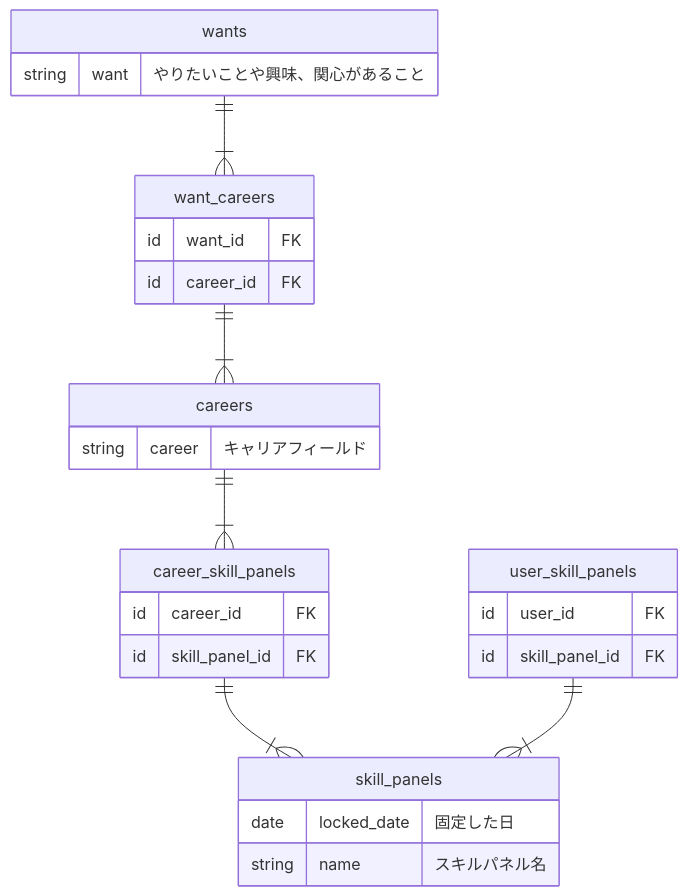
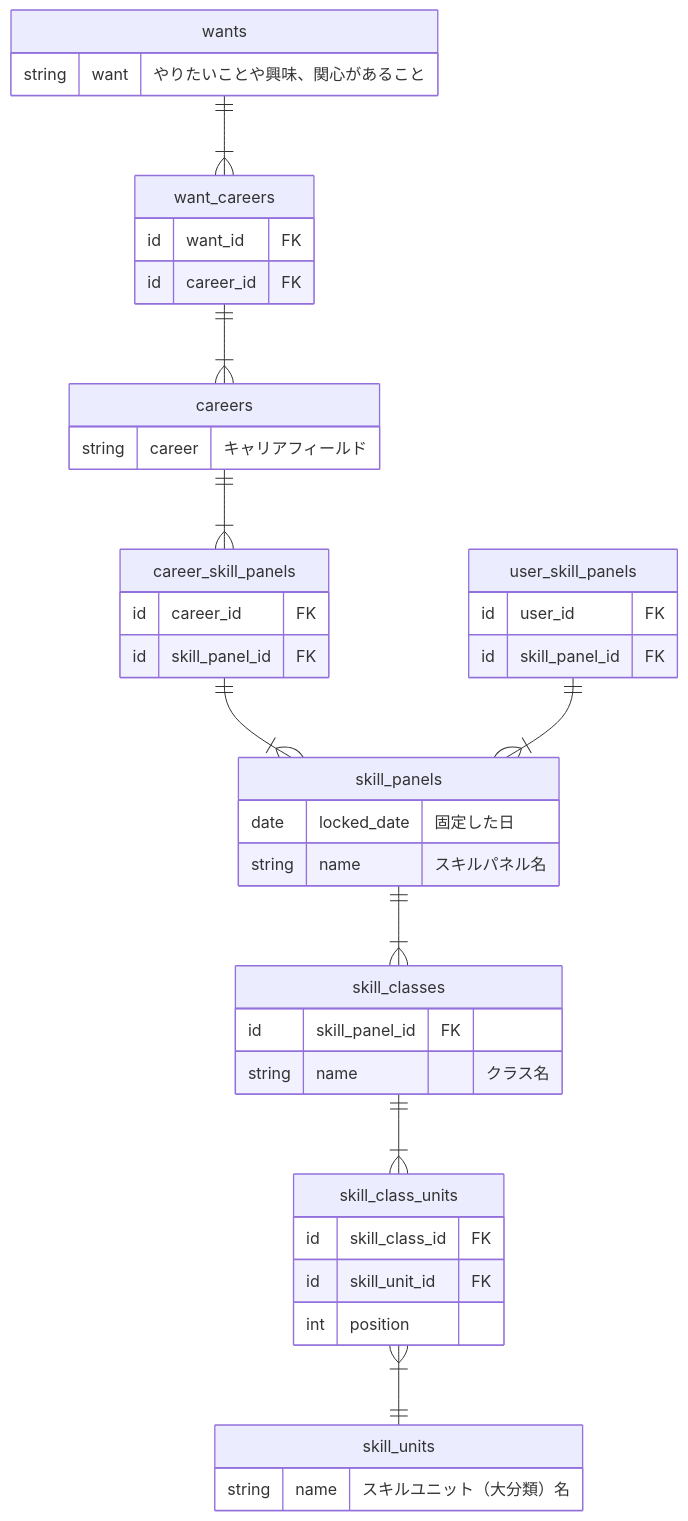
One commit to bright-org/bright changed the diagram in docs/conceptual_schemas/onbordings.md. Above: the diagram before and after it, drawn with Mermaid. The commit also changed other lines of this file, not shown here.

Commit message:
スキルユニット関連テーブルを追記

````diff
--- a/docs/conceptual_schemas/onbordings.md
+++ b/docs/conceptual_schemas/onbordings.md
@@ -7,36 +12,55 @@
 ```mermaid
 erDiagram
   wants ||--|{ want_careers : ""
   want_careers ||--|{ careers : ""
   careers ||--|{ career_skill_panels : ""
   career_skill_panels ||--|{ skill_panels : ""
   user_skill_panels ||--|{ skill_panels : ""
+  skill_panels ||--|{ skill_classes : ""
+  skill_classes ||--|{ skill_class_units : ""
+  skill_class_units }|--|| skill_units : ""
 
   wants {
     string want "やりたいことや興味、関心があること"
   }
 
   want_careers {
     id want_id FK
     id career_id FK
   }
 
   careers {
     string career "キャリアフィールド"
   }
 
   career_skill_panels {
     id career_id FK
     id skill_panel_id FK
   }
 
   skill_panels {
     date locked_date "固定した日"
     string name "スキルパネル名"
   }
 
   user_skill_panels {
     id user_id FK
     id skill_panel_id FK
   }
+
+  skill_classes {
+    id skill_panel_id FK
+    string name "クラス名"
+  }
+
+  skill_class_units {
+    id skill_class_id FK
+    id skill_unit_id FK
+    int position
+  }
+
+  skill_units {
+    string name "スキルユニット（大分類）名"
+  }
+
 ```
````
